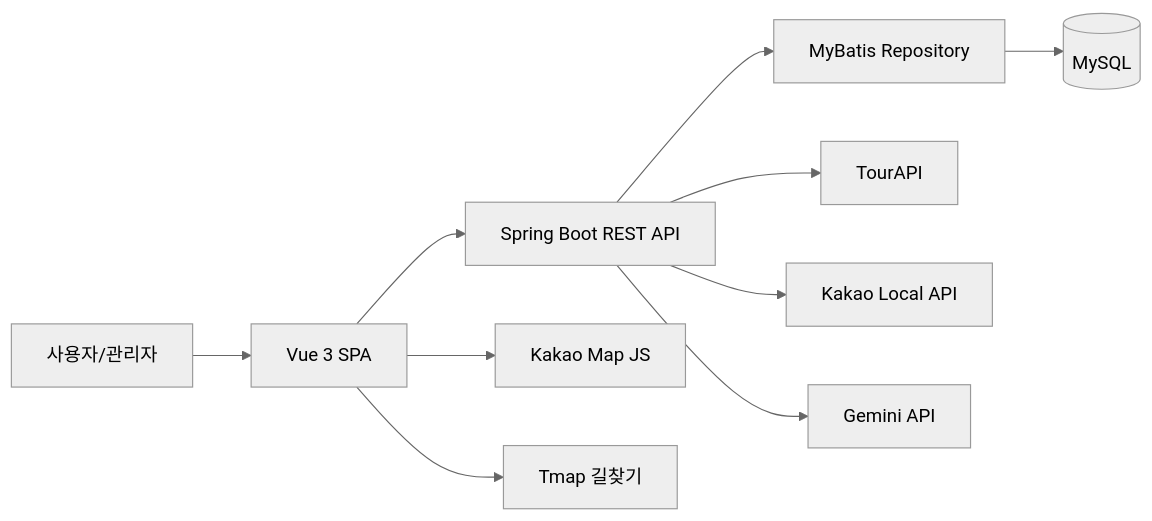
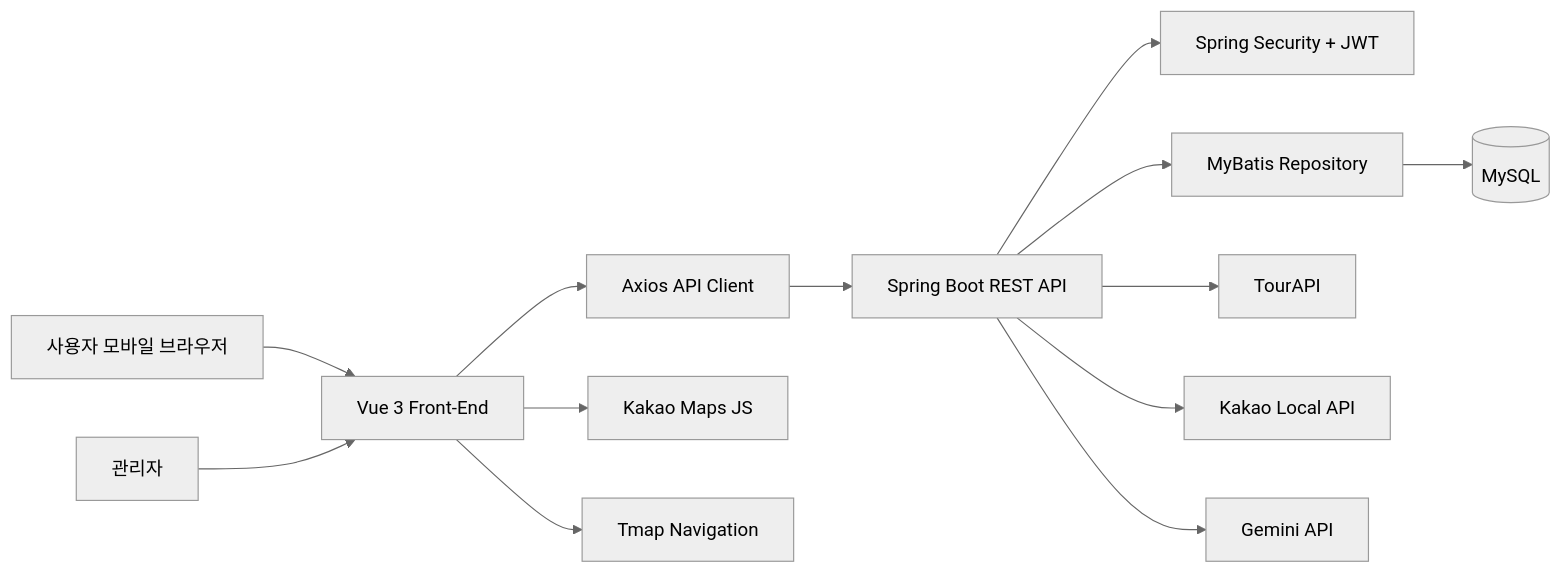
One commit to kanghyunsoon/operation-seoul changed the first of 3 diagrams in docs/02_DESIGN_DOCUMENT.md. Above: the diagram before and after it, drawn with Mermaid (neutral theme). The commit also changed other lines of this file and 41 other files, not shown here.

````diff
--- a/docs/02_DESIGN_DOCUMENT.md
+++ b/docs/02_DESIGN_DOCUMENT.md
@@ -11,12 +5,15 @@
 ```mermaid
 flowchart LR
-  User[사용자/관리자] --> Vue[Vue 3 SPA]
-  Vue --> API[Spring Boot REST API]
-  API --> MyBatis[MyBatis Repository]
-  MyBatis --> MySQL[(MySQL)]
-  API --> TourAPI[TourAPI]
-  API --> KakaoLocal[Kakao Local API]
-  Vue --> KakaoMap[Kakao Map JS]
-  Vue --> Tmap[Tmap 길찾기]
-  API --> Gemini[Gemini API]
+    User[사용자 모바일 브라우저] --> Vue[Vue 3 Front-End]
+    Admin[관리자] --> Vue
+    Vue --> Axios[Axios API Client]
+    Axios --> Spring[Spring Boot REST API]
+    Spring --> Security[Spring Security + JWT]
+    Spring --> MyBatis[MyBatis Repository]
+    MyBatis --> MySQL[(MySQL)]
+    Spring --> TourAPI[TourAPI]
+    Spring --> KakaoLocal[Kakao Local API]
+    Vue --> KakaoMap[Kakao Maps JS]
+    Vue --> Tmap[Tmap Navigation]
+    Spring --> Gemini[Gemini API]
 ```
````
